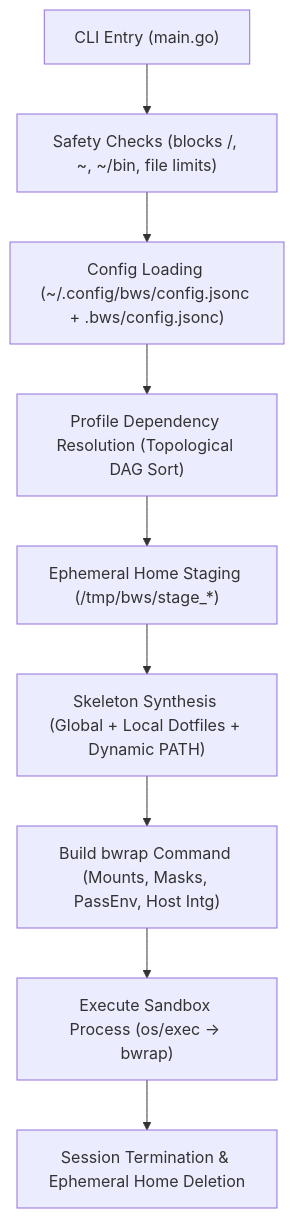
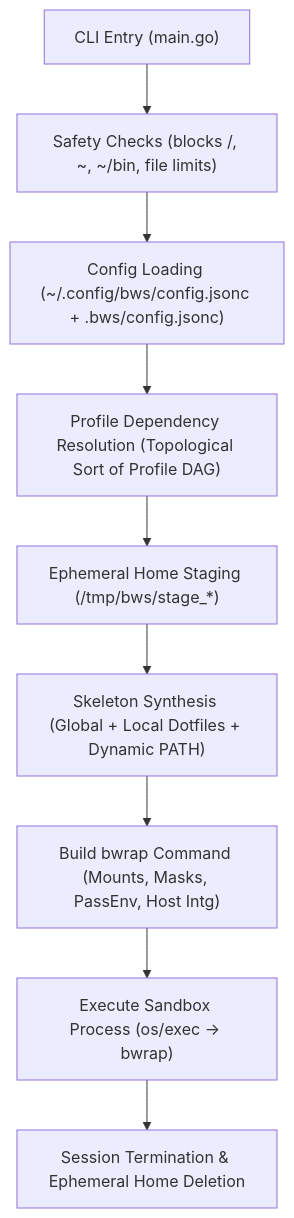
One commit to sarielhp/bws changed the first of 2 diagrams in docs/architecture.md. Above: the diagram before and after it, drawn with Mermaid. The commit also changed other lines of this file and 5 other files, not shown here.

````diff
--- a/docs/architecture.md
+++ b/docs/architecture.md
@@ -35,11 +35,11 @@
 ```mermaid
 flowchart TD
     A["CLI Entry (main.go)"] --> B["Safety Checks (blocks /, ~, ~/bin, file limits)"]
     B --> C["Config Loading (~/.config/bws/config.jsonc + .bws/config.jsonc)"]
-    C --> D["Profile Dependency Resolution (Topological DAG Sort)"]
+    C --> D["Profile Dependency Resolution (Topological Sort of Profile DAG)"]
     D --> E["Ephemeral Home Staging (/tmp/bws/stage_*)"]
     E --> F["Skeleton Synthesis (Global + Local Dotfiles + Dynamic PATH)"]
     F --> G["Build bwrap Command (Mounts, Masks, PassEnv, Host Intg)"]
     G --> H["Execute Sandbox Process (os/exec -> bwrap)"]
     H --> I["Session Termination & Ephemeral Home Deletion"]
 ```
````
